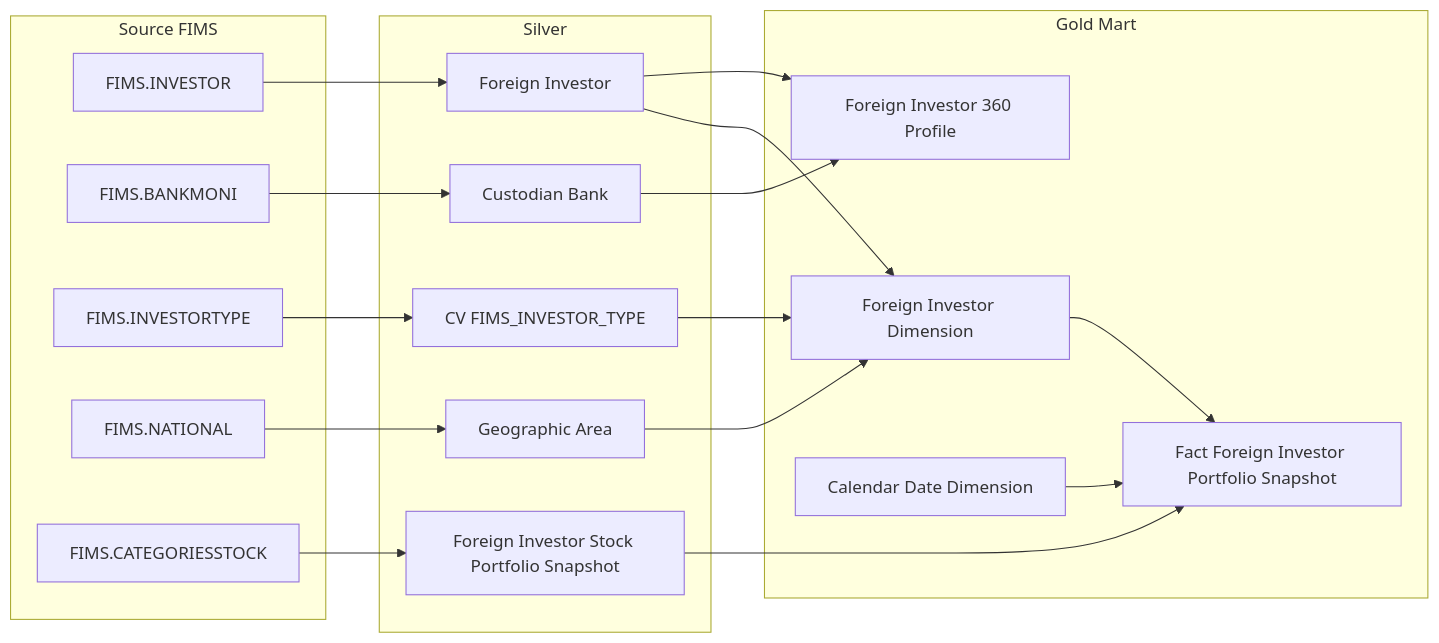
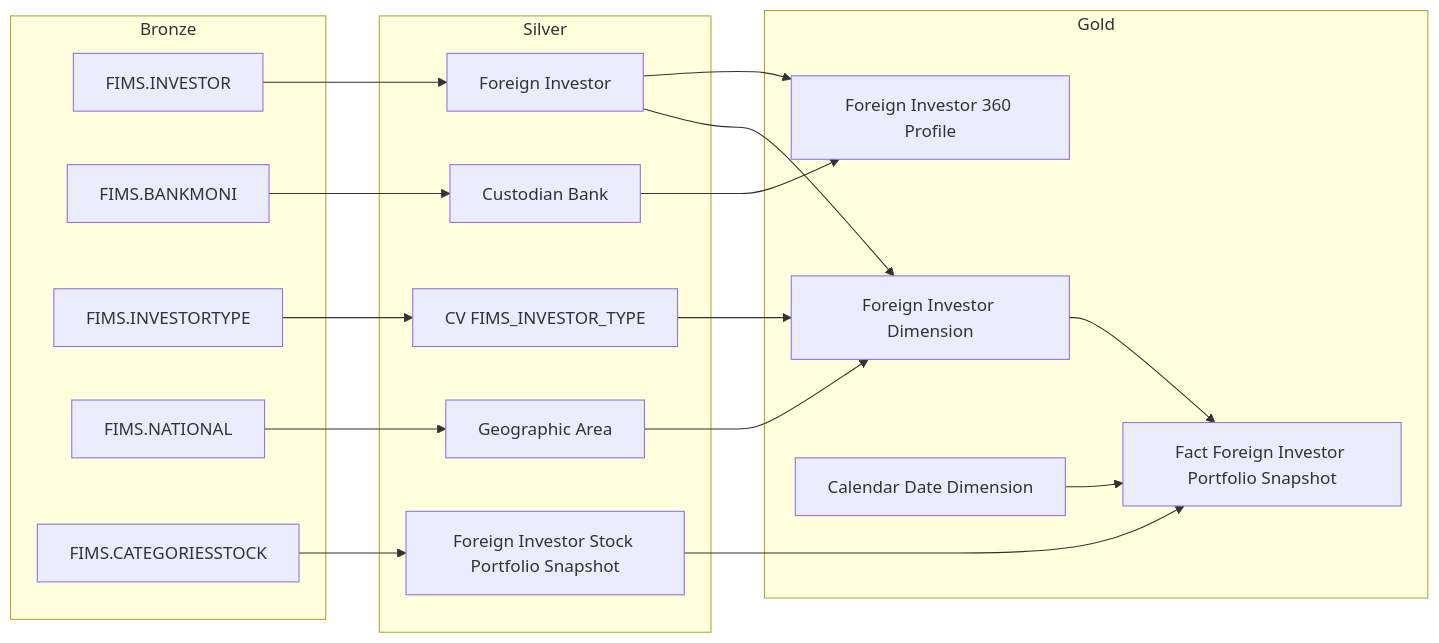
Before and after one commit to linhlvit/ubck_atomic_design: the second of 32 diagrams in Gold/hld/GOLD_NDTNN_HLD.md, drawn with Mermaid. The commit also changed other lines of this file and 3 other files, not shown here.

````diff
--- a/Gold/hld/GOLD_NDTNN_HLD.md
+++ b/Gold/hld/GOLD_NDTNN_HLD.md
@@ -62,41 +62,41 @@
 ```mermaid
 flowchart LR
-    subgraph SRC["Source FIMS"]
+    subgraph SRC["Bronze"]
         S1["FIMS.INVESTOR"]
         S2["FIMS.BANKMONI"]
         S3["FIMS.INVESTORTYPE"]
         S4["FIMS.NATIONAL"]
         S5["FIMS.CATEGORIESSTOCK"]
     end
 
     subgraph SIL["Silver"]
         SV1["Foreign Investor"]
         SV2["Custodian Bank"]
         SV3["CV FIMS_INVESTOR_TYPE"]
         SV4["Geographic Area"]
         SV5["Foreign Investor Stock Portfolio Snapshot"]
     end
 
-    subgraph GOLD["Gold Mart"]
+    subgraph GOLD["Gold"]
         G1["Foreign Investor 360 Profile"]
         G2["Fact Foreign Investor Portfolio Snapshot"]
         G3["Foreign Investor Dimension"]
         G5["Calendar Date Dimension"]
     end
 
     S1 --> SV1
     S2 --> SV2
     S3 --> SV3
     S4 --> SV4
     S5 --> SV5
 
     SV1 --> G1
     SV2 --> G1
     SV5 --> G2
     SV1 --> G3
     SV3 --> G3
     SV4 --> G3
 
     G3 --> G2
     G5 --> G2
 ```
````
